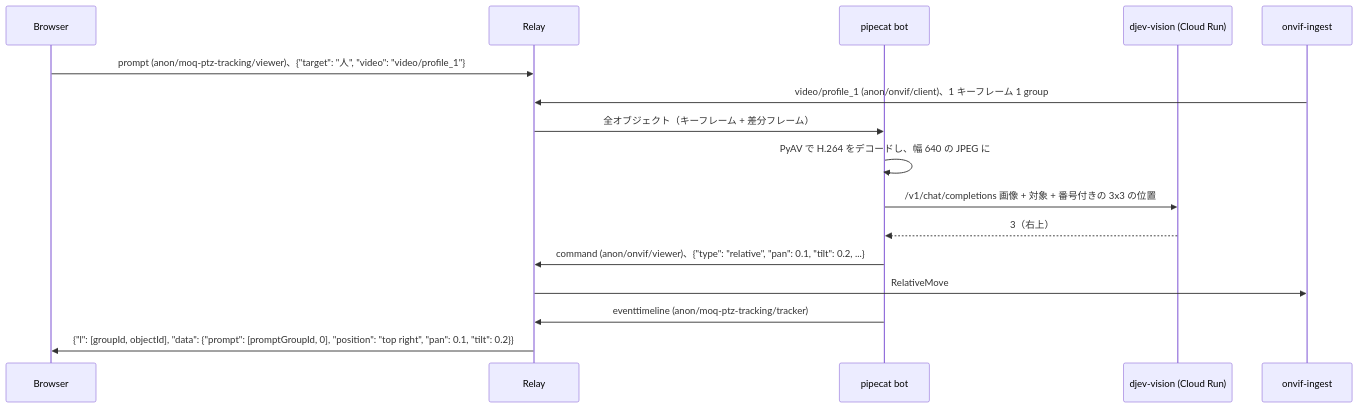
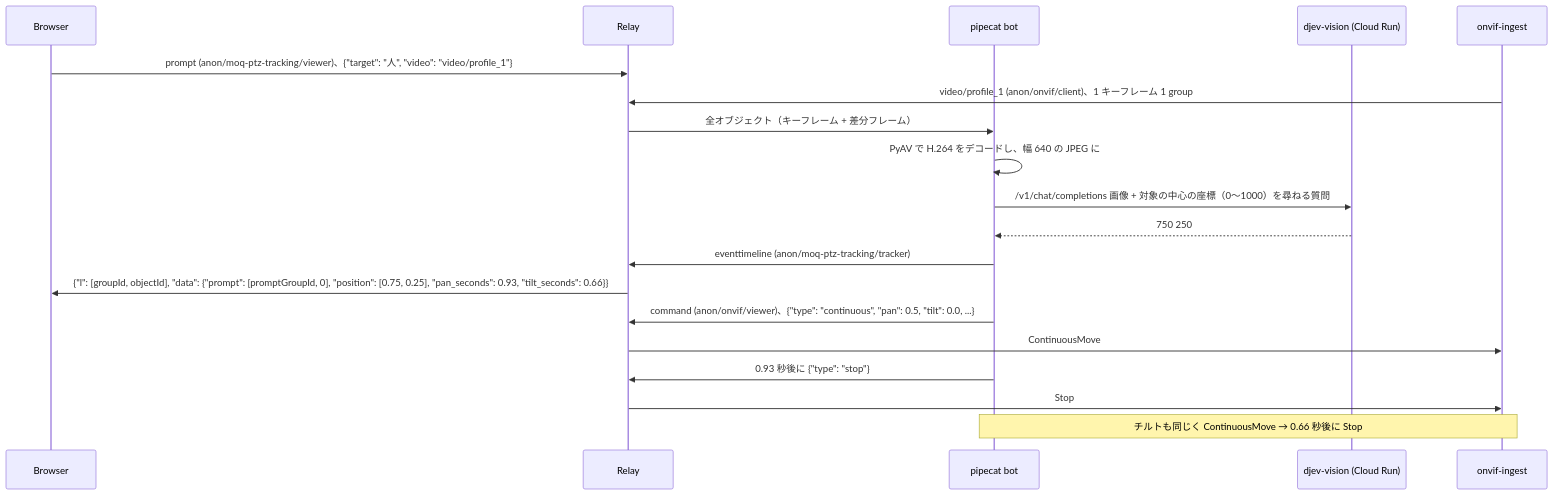
The diagram in examples/python/moq-ptz-tracking/README.md (nttcom/moq-wasm), drawn with Mermaid before and after one commit. The commit also changed other lines of this file and 11 other files, not shown here.

````diff
--- a/examples/python/moq-ptz-tracking/README.md
+++ b/examples/python/moq-ptz-tracking/README.md
@@ -7,18 +7,21 @@
 ```mermaid
 sequenceDiagram
     participant B as Browser
     participant R as Relay
     participant P as pipecat bot
     participant D as djev-vision (Cloud Run)
     participant O as onvif-ingest
     B->>R: prompt (anon/moq-ptz-tracking/viewer)、{"target": "人", "video": "video/profile_1"}
     O->>R: video/profile_1 (anon/onvif/client)、1 キーフレーム 1 group
     R->>P: 全オブジェクト（キーフレーム + 差分フレーム）
     P->>P: PyAV で H.264 をデコードし、幅 640 の JPEG に
-    P->>D: /v1/chat/completions 画像 + 対象 + 番号付きの 3x3 の位置
-    D-->>P: 3（右上）
-    P->>R: command (anon/onvif/viewer)、{"type": "relative", "pan": 0.1, "tilt": 0.2, ...}
-    R->>O: RelativeMove
+    P->>D: /v1/chat/completions 画像 + 対象の中心の座標（0〜1000）を尋ねる質問
+    D-->>P: 750 250
     P->>R: eventtimeline (anon/moq-ptz-tracking/tracker)
-    R->>B: {"l": [groupId, objectId], "data": {"prompt": [promptGroupId, 0], "position": "top right", "pan": 0.1, "tilt": 0.2}}
+    R->>B: {"l": [groupId, objectId], "data": {"prompt": [promptGroupId, 0], "position": [0.75, 0.25], "pan_seconds": 0.93, "tilt_seconds": 0.66}}
+    P->>R: command (anon/onvif/viewer)、{"type": "continuous", "pan": 0.5, "tilt": 0.0, ...}
+    R->>O: ContinuousMove
+    P->>R: 0.93 秒後に {"type": "stop"}
+    R->>O: Stop
+    Note over P,O: チルトも同じく ContinuousMove → 0.66 秒後に Stop
 ```
````
